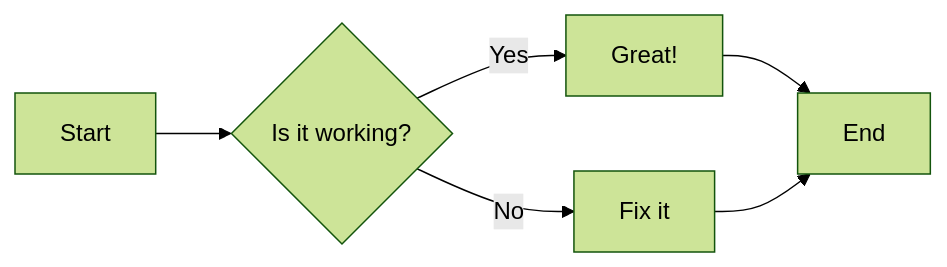
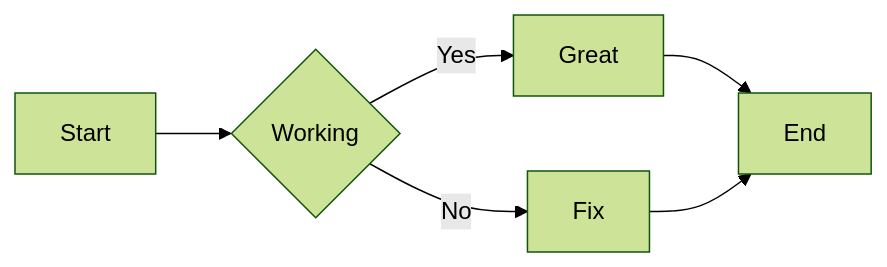
Before and after one commit to gusgw/slide: the first of 2 diagrams in quarto/slide.qmd, drawn with Mermaid (forest theme). The commit also changed other lines of this file, not shown here.

First line of the commit message:
fix(slides): resize Mermaid for Beamer and correct syntax

````diff
--- a/quarto/slide.qmd
+++ b/quarto/slide.qmd
@@ -104,8 +106,8 @@
 ```{mermaid}
 graph LR
-  A[Start] --> B{Is it working?}
-  B -- Yes --> C[Great!]
-  B -- No --> D[Fix it]
+  A[Start] --> B{Working}
+  B -- Yes --> C[Great]
+  B -- No --> D[Fix]
   C --> E[End]
   D --> E
 ```
````
